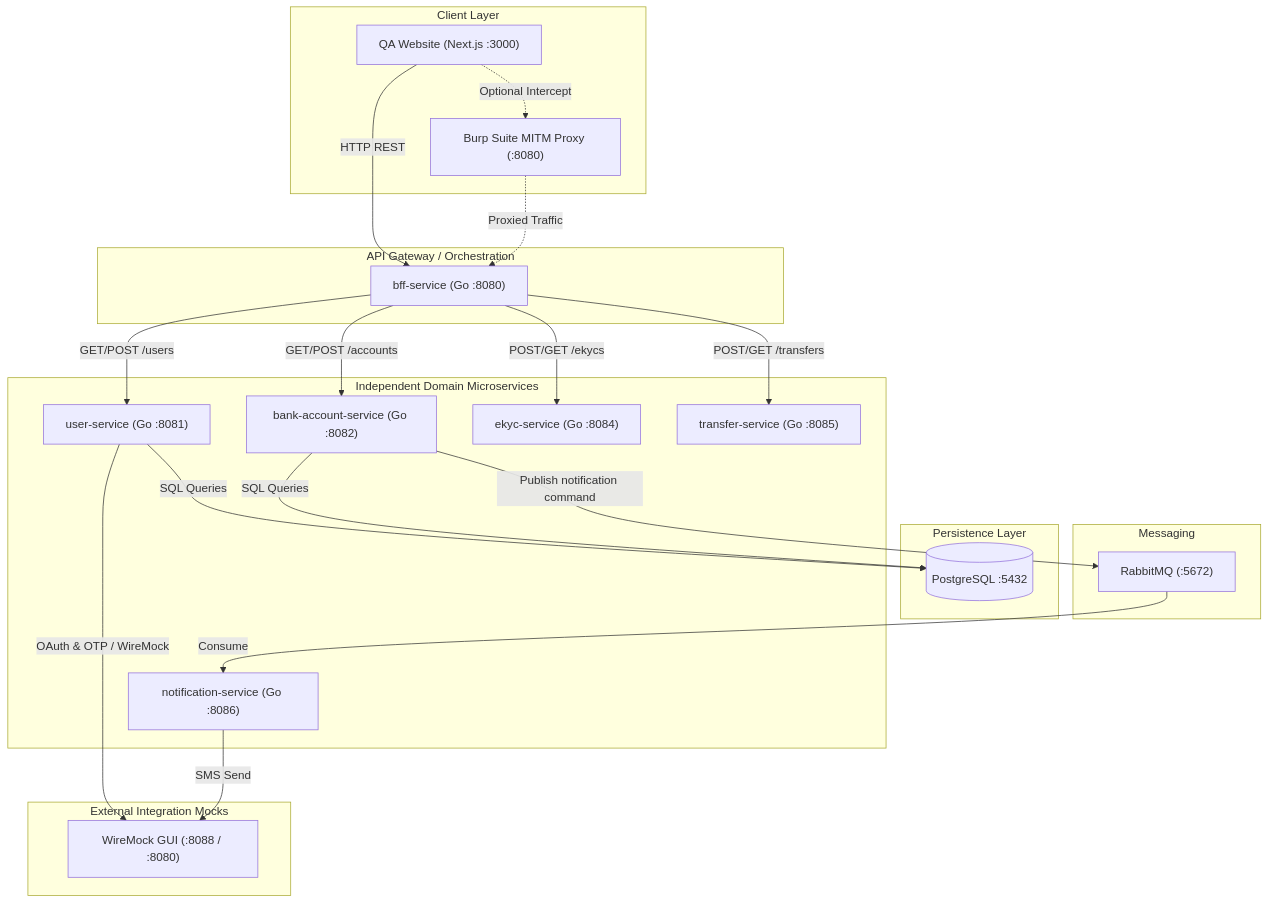
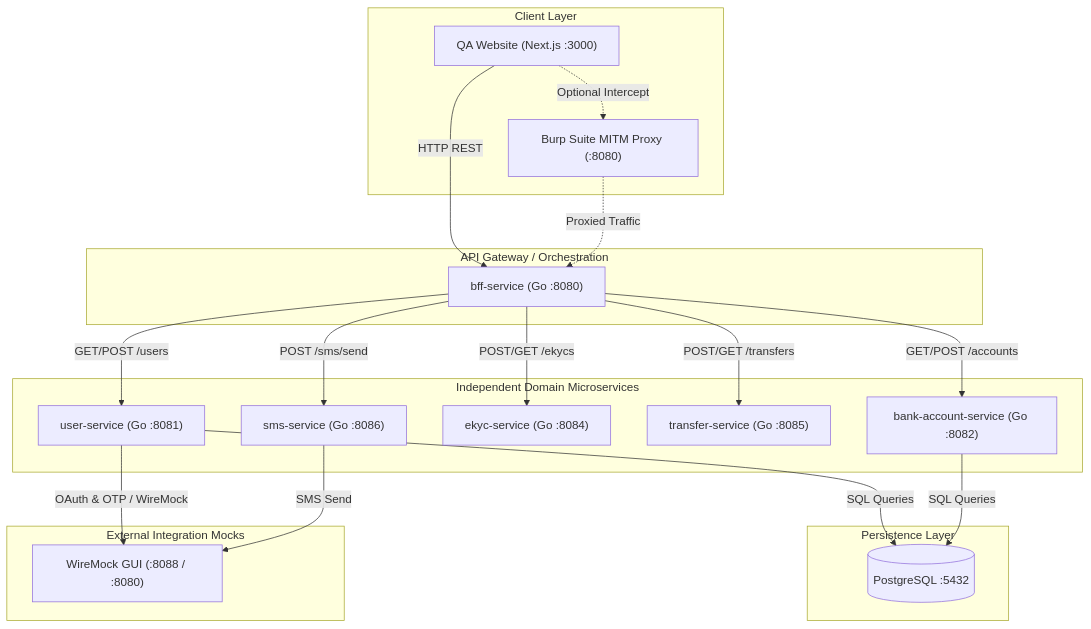
The diagram in README.md (SiwakornSitti/ultra-smoooooth-testing), drawn with Mermaid before and after one commit. The commit also changed other lines of this file and 31 other files, not shown here.

Commit message:
refactor: replace RabbitMQ notifications with direct SMS

````diff
--- a/README.md
+++ b/README.md
@@ -15,48 +15,43 @@
 ```mermaid
 flowchart TD
     subgraph Clients["Client Layer"]
         Website["QA Website (Next.js :3000)"]
         Burp["Burp Suite MITM Proxy (:8080)"]
     end
 
     subgraph API_Gateway["API Gateway / Orchestration"]
         BFF["bff-service (Go :8080)"]
     end
 
     subgraph Core_Services["Independent Domain Microservices"]
         UserService["user-service (Go :8081)"]
         BankService["bank-account-service (Go :8082)"]
         EKYCService["ekyc-service (Go :8084)"]
         TransferService["transfer-service (Go :8085)"]
-        NotificationService["notification-service (Go :8086)"]
+        SMSService["sms-service (Go :8086)"]
     end
 
     subgraph Persistence["Persistence Layer"]
         DB[(PostgreSQL :5432)]
     end
 
     subgraph External_Mocks["External Integration Mocks"]
         WireMock["WireMock GUI (:8088 / :8080)"]
     end
 
-    subgraph Messaging["Messaging"]
-        RabbitMQ["RabbitMQ (:5672)"]
-    end
-
     Website -->|HTTP REST| BFF
     Website -.->|Optional Intercept| Burp
     Burp -.->|Proxied Traffic| BFF
 
     BFF -->|GET/POST /users| UserService
     BFF -->|GET/POST /accounts| BankService
     BFF -->|POST/GET /ekycs| EKYCService
     BFF -->|POST/GET /transfers| TransferService
+    BFF -->|POST /sms/send| SMSService
 
     UserService -->|SQL Queries| DB
     BankService -->|SQL Queries| DB
 
     UserService -->|OAuth & OTP / WireMock| WireMock
-    BankService -->|Publish notification command| RabbitMQ
-    RabbitMQ -->|Consume| NotificationService
-    NotificationService -->|SMS Send| WireMock
+    SMSService -->|SMS Send| WireMock
 ```
````
